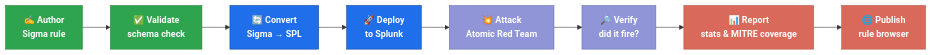
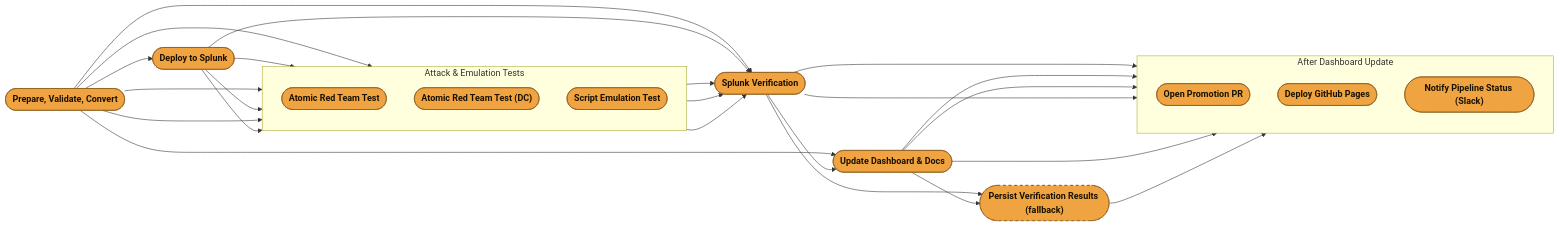
The first of 2 diagrams in README.md (martonbence/Detection-Engineering), drawn with Mermaid before and after one commit. The commit also changed other lines of this file and 1 other file, not shown here.

Commit message:
feat(docs): enhance README with redesigned quick-links and Mermaid diagrams for improved clarity

````diff
--- a/README.md
+++ b/README.md
@@ -48,20 +49,51 @@
 ```mermaid
 flowchart LR
-    A["✍️ Author<br/>Sigma rule"] --> B["✅ Validate<br/>schema check"]
-    B --> C["🔄 Convert<br/>Sigma → SPL"]
-    C --> D["🚀 Deploy<br/>to Splunk"]
-    D --> E["💥 Attack<br/>Atomic Red Team"]
-    E --> F["🔎 Verify<br/>did it fire?"]
-    F --> G["📊 Report<br/>stats & MITRE coverage"]
-    G --> H["🌐 Publish<br/>rule browser"]
+    A(["Prepare, Validate, Convert"])
+    B(["Deploy to Splunk"])
 
-    classDef phase1 fill:#2ea44f,stroke:#238636,color:#fff,font-weight:bold;
-    classDef phase2 fill:#1f6feb,stroke:#0d419d,color:#fff,font-weight:bold;
-    classDef phase3 fill:#8f95d6,stroke:#6a70b8,color:#fff,font-weight:bold;
-    classDef phase4 fill:#d9695a,stroke:#b8503f,color:#fff,font-weight:bold;
+    subgraph tests["Attack &amp; Emulation Tests"]
+        direction TB
+        C(["Atomic Red Team Test"])
+        D(["Atomic Red Team Test (DC)"])
+        E(["Script Emulation Test"])
+    end
 
-    class A,B phase1
-    class C,D phase2
-    class E,F phase3
-    class G,H phase4
+    F(["Splunk Verification"])
+    G(["Update Dashboard &amp; Docs"])
+    H(["Persist Verification Results (fallback)"])
+
+    subgraph fanout["After Dashboard Update"]
+        direction TB
+        I(["Open Promotion PR"])
+        J(["Deploy GitHub Pages"])
+        K(["Notify Pipeline Status (Slack)"])
+    end
+
+    A --> B
+    A --> C
+    B --> C
+    A --> D
+    B --> D
+    A --> E
+    B --> E
+    A --> F
+    B --> F
+    C --> F
+    D --> F
+    E --> F
+    A --> G
+    F --> G
+    F --> H
+    G --> H
+    F --> I
+    G --> I
+    G --> J
+    F --> K
+    G --> K
+    H --> K
+
+    classDef stage fill:#f0a341,stroke:#8a5a1a,color:#1a1200,font-weight:bold;
+    classDef fallback fill:#f0a341,stroke:#8a5a1a,color:#1a1200,font-weight:bold,stroke-dasharray: 5 5;
+    class A,B,C,D,E,F,G,I,J,K stage
+    class H fallback
 ```
````
